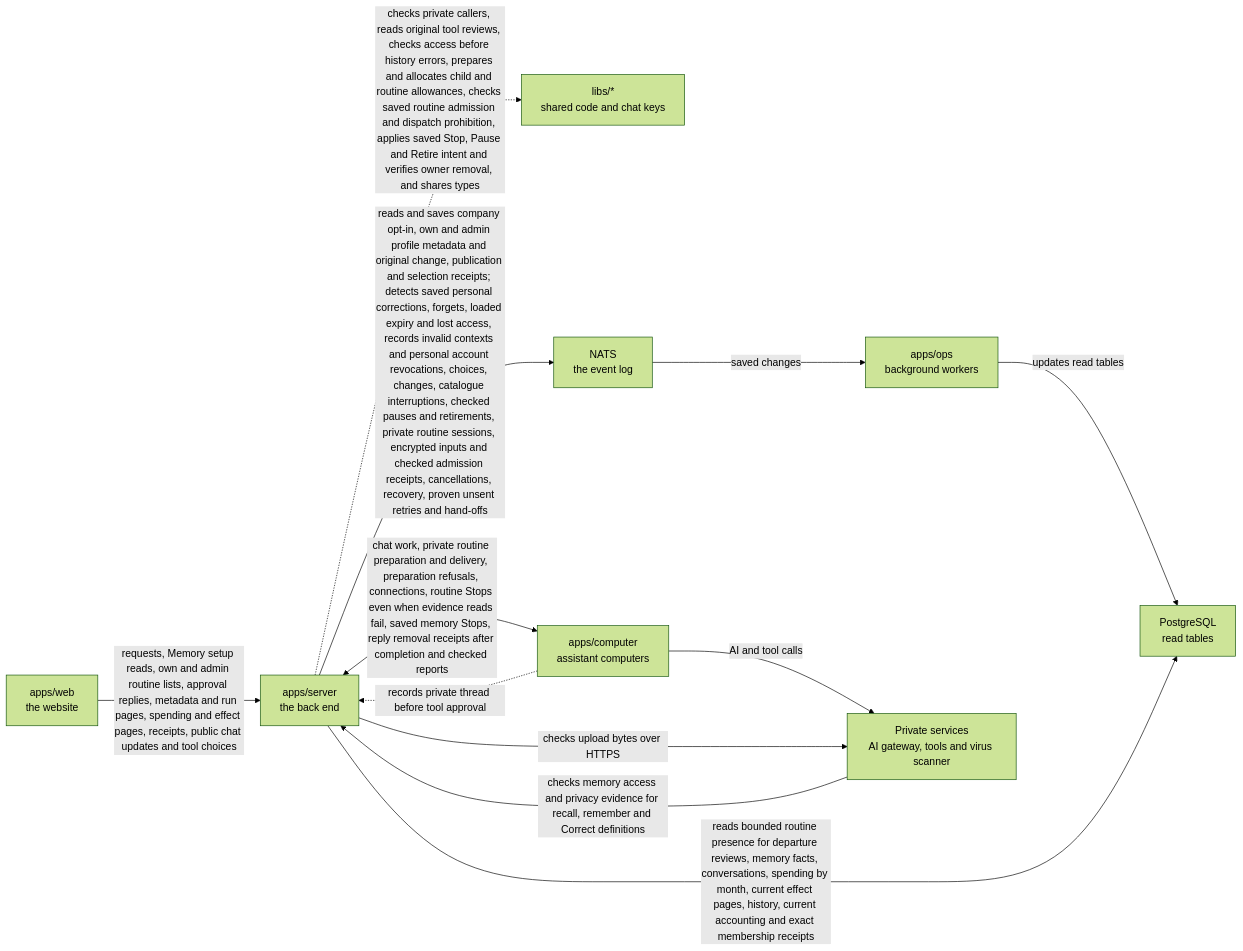
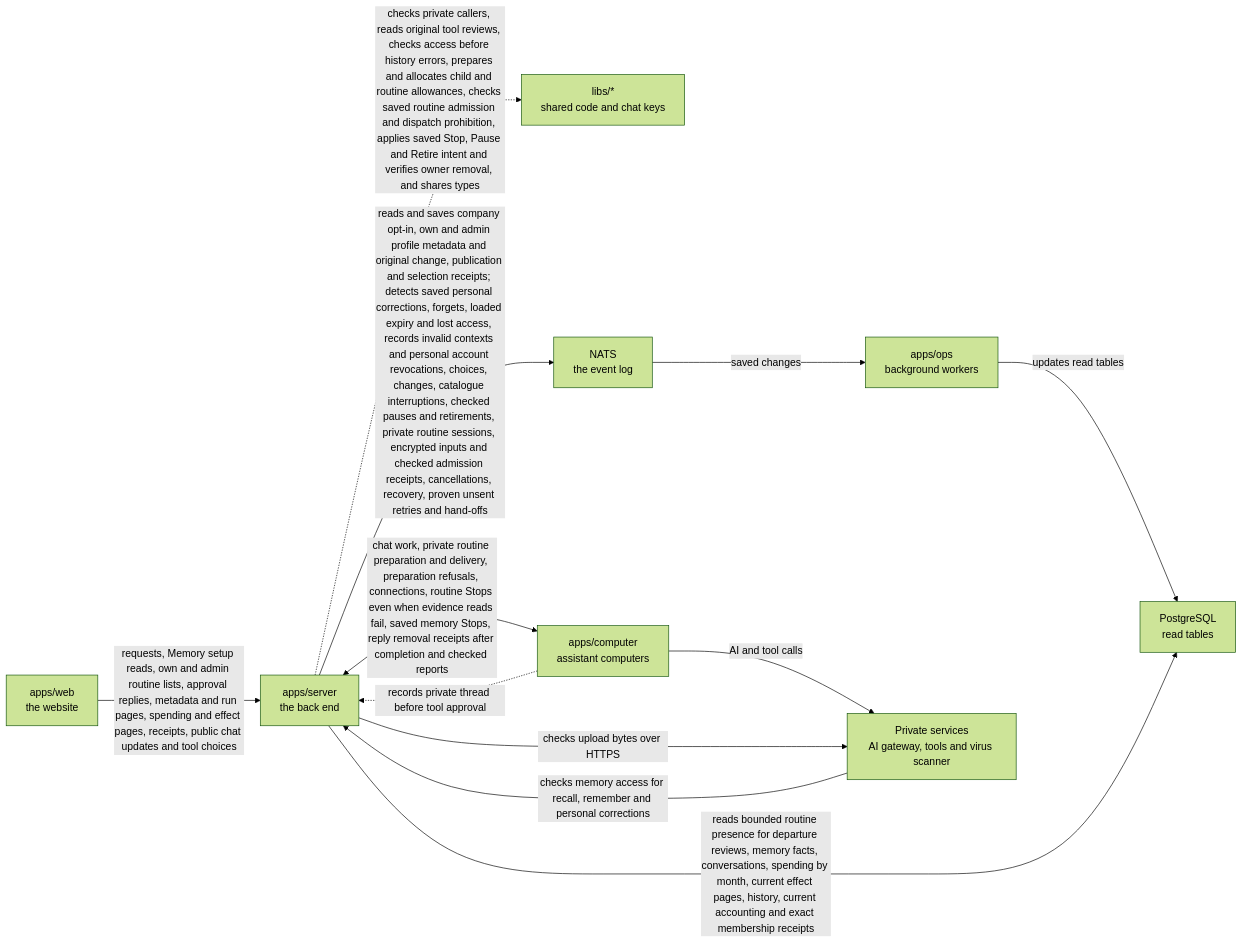
Before and after one commit to elewa-git/opencrane-new: the diagram in apps/server/README.md, drawn with Mermaid (forest theme). The commit also changed other lines of this file and 9 other files, not shown here.

First line of the commit message:
🧠 A requester can correct one of their own memory facts through the governed path, with its receipt recovered (#804)

````diff
--- a/apps/server/README.md
+++ b/apps/server/README.md
@@ -135,14 +138,14 @@
 ```mermaid
 flowchart LR
   web["apps/web<br/>the website"] -->|requests, Memory setup reads, own and admin routine lists, approval replies, metadata and run pages, spending and effect pages, receipts, public chat updates and tool choices| server["apps/server<br/>the back end"]
   server -.->|checks private callers, reads original tool reviews, checks access before history errors, prepares and allocates child and routine allowances, checks saved routine admission and dispatch prohibition, applies saved Stop, Pause and Retire intent and verifies owner removal, and shares types| libs["libs/*<br/>shared code and chat keys"]
   server -->|reads and saves company opt-in, own and admin profile metadata and original change, publication and selection receipts; detects saved personal corrections, forgets, loaded expiry and lost access, records invalid contexts and personal account revocations, choices, changes, catalogue interruptions, checked pauses and retirements, private routine sessions, encrypted inputs and checked admission receipts, cancellations, recovery, proven unsent retries and hand-offs| nats["NATS<br/>the event log"]
   nats -->|saved changes| ops["apps/ops<br/>background workers"]
   ops -->|updates read tables| postgres["PostgreSQL<br/>read tables"]
   server -->|reads bounded routine presence for departure reviews, memory facts, conversations, spending by month, current effect pages, history, current accounting and exact membership receipts| postgres
   server <-->|chat work, private routine preparation and delivery, preparation refusals, connections, routine Stops even when evidence reads fail, saved memory Stops, reply removal receipts after completion and checked reports| computer["apps/computer<br/>assistant computers"]
   computer -.->|records private thread before tool approval| server
   computer -->|AI and tool calls| runtime["Private services<br/>AI gateway, tools and virus scanner"]
   server -->|checks upload bytes over HTTPS| runtime
-  runtime -->|checks memory access and privacy evidence for recall, remember and Correct definitions| server
+  runtime -->|checks memory access for recall, remember and personal corrections| server
 ```
````
